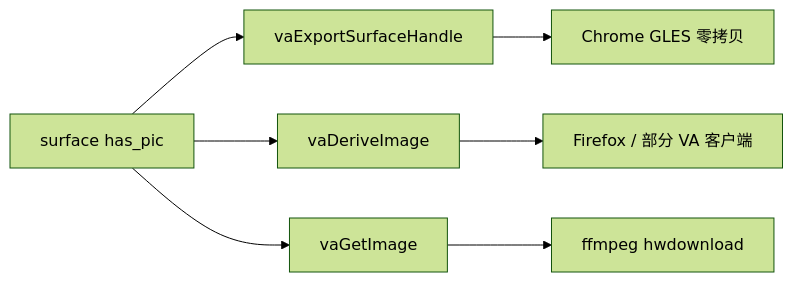
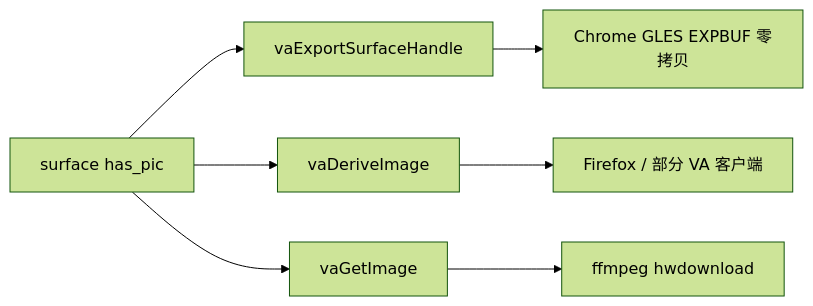
Before and after one commit to pty819/vaapi-v4l2-bridge: the diagram in docs/pipeline/clients.md, drawn with Mermaid (forest theme). The commit also changed other lines of this file and 26 other files, not shown here.

First line of the commit message:
docs: document EXPBUF as the default Chrome zero-copy path

````diff
--- a/docs/pipeline/clients.md
+++ b/docs/pipeline/clients.md
@@ -3,10 +3,10 @@
 ```{mermaid}
 flowchart LR
   S[surface has_pic]
   S --> E[vaExportSurfaceHandle]
   S --> D[vaDeriveImage]
   S --> G[vaGetImage]
-  E --> C[Chrome GLES 零拷贝]
+  E --> C[Chrome GLES EXPBUF 零拷贝]
   D --> F[Firefox / 部分 VA 客户端]
   G --> FF[ffmpeg hwdownload]
 ```
````
